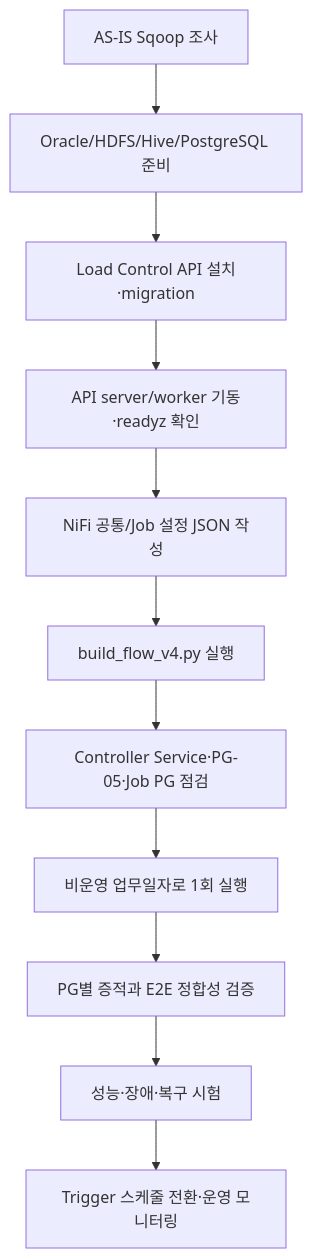
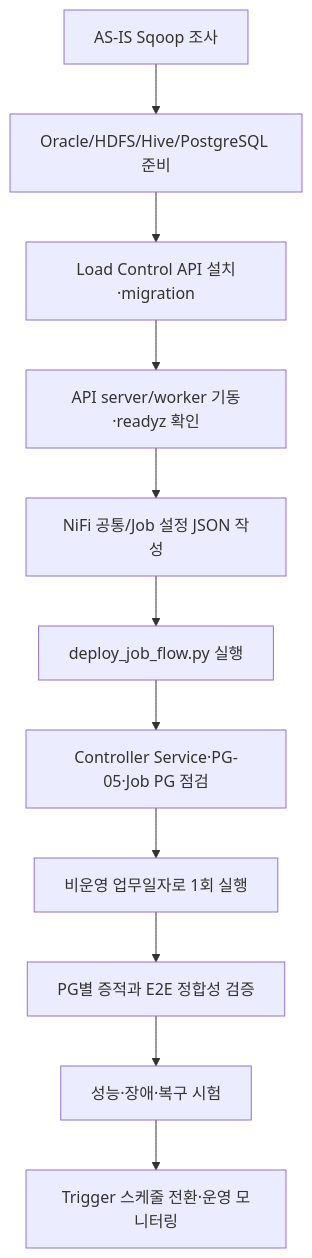
Before and after one commit to DataDynamics/nifi-sqoop-removal: the second of 2 diagrams in docs/README.md, drawn with Mermaid. The commit also changed other lines of this file and 14 other files, not shown here.

Commit message:
refactor: organize NiFi flow deployment assets

````diff
--- a/docs/README.md
+++ b/docs/README.md
@@ -82,13 +83,13 @@
 ```mermaid
 flowchart TD
     A[AS-IS Sqoop 조사] --> B[Oracle/HDFS/Hive/PostgreSQL 준비]
     B --> C[Load Control API 설치·migration]
     C --> D[API server/worker 기동·readyz 확인]
     D --> E[NiFi 공통/Job 설정 JSON 작성]
-    E --> F[build_flow_v4.py 실행]
+    E --> F[deploy_job_flow.py 실행]
     F --> G[Controller Service·PG-05·Job PG 점검]
     G --> H[비운영 업무일자로 1회 실행]
     H --> I[PG별 증적과 E2E 정합성 검증]
     I --> J[성능·장애·복구 시험]
     J --> K[Trigger 스케줄 전환·운영 모니터링]
 ```
````
